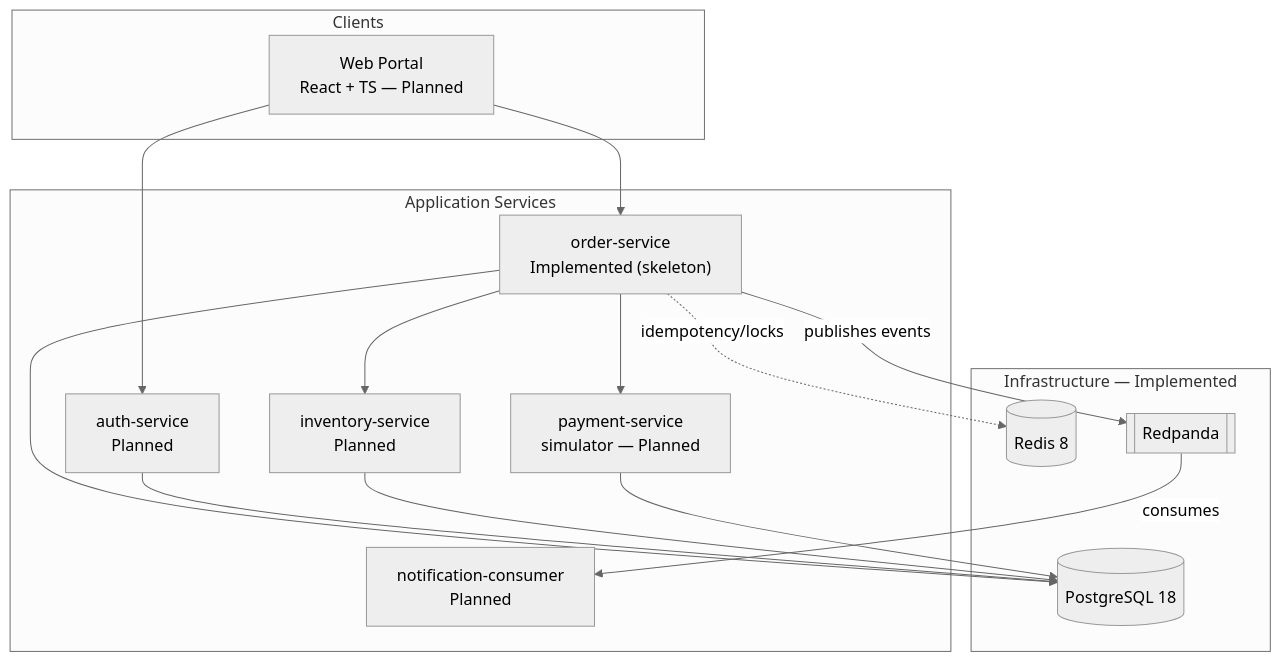
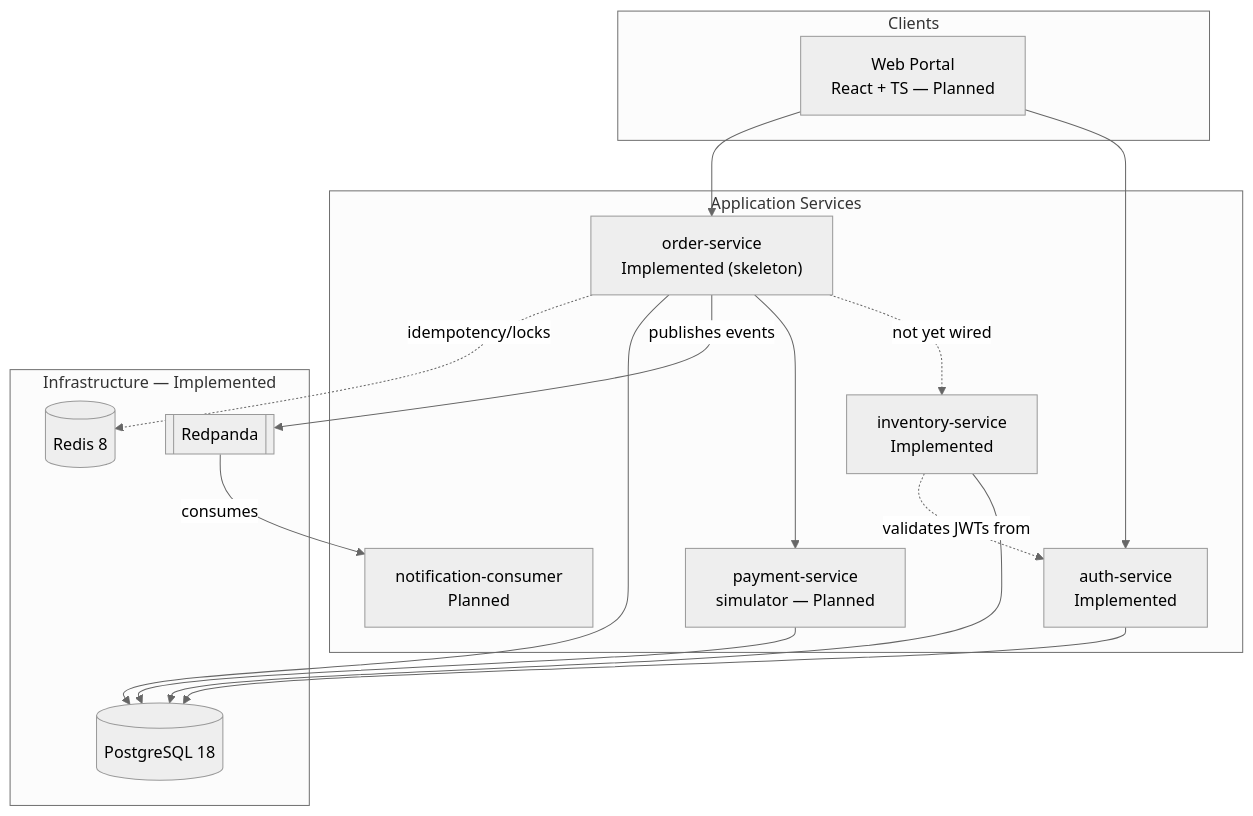
The diagram in docs/architecture/container-architecture.md (ckvishwa/fulfillx-enterprise-quality-platform), drawn with Mermaid (neutral theme) before and after one commit. The commit also changed other lines of this file and 66 other files, not shown here.

````diff
--- a/docs/architecture/container-architecture.md
+++ b/docs/architecture/container-architecture.md
@@ -8,32 +10,33 @@
 ```mermaid
 flowchart TB
     subgraph clients[Clients]
         webportal[Web Portal<br/>React + TS — Planned]
     end
 
     subgraph services[Application Services]
-        auth[auth-service<br/>Planned]
-        inventory[inventory-service<br/>Planned]
+        auth["auth-service<br/>Implemented"]
+        inventory["inventory-service<br/>Implemented"]
         order["order-service<br/>Implemented (skeleton)"]
         payment[payment-service<br/>simulator — Planned]
         notif[notification-consumer<br/>Planned]
     end
 
     subgraph infra[Infrastructure — Implemented]
         pg[(PostgreSQL 18)]
         redis[(Redis 8)]
         redpanda[[Redpanda]]
     end
 
     webportal --> auth
     webportal --> order
-    order --> inventory
+    order -. not yet wired .-> inventory
     order --> payment
     order -- publishes events --> redpanda
     redpanda -- consumes --> notif
     order --> pg
     order -. idempotency/locks .-> redis
     auth --> pg
     inventory --> pg
+    inventory -. validates JWTs from .-> auth
     payment --> pg
 ```
````
